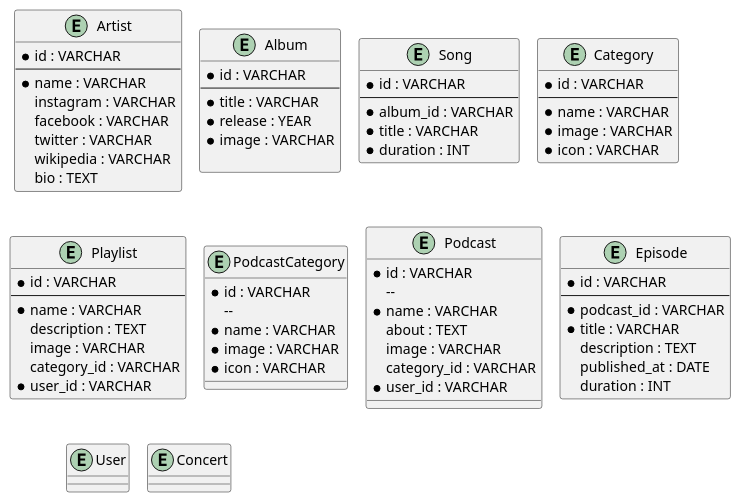
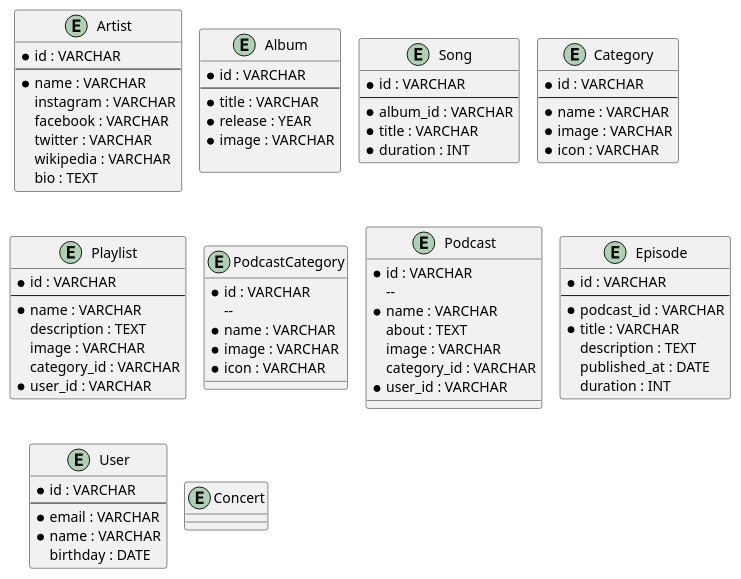
One commit to fkresna23/database-design-spotify changed the diagram in spotify.puml. Above: the diagram before and after it, drawn with PlantUML.

Commit message:
Menentukan Attribute Entity User

```diff
--- a/spotify.puml
+++ b/spotify.puml
@@ -1,84 +1,88 @@
 @startuml
 !pragma layout smetana
 entity Artist {
     * id : VARCHAR
     --
     * name : VARCHAR
     instagram : VARCHAR
     facebook : VARCHAR
     twitter : VARCHAR
     wikipedia : VARCHAR
     bio : TEXT
 }
 
 entity Album {
     * id : VARCHAR
     --
     * title : VARCHAR
     * release : YEAR
     * image : VARCHAR
 
 }
 
 entity Song {
     * id : VARCHAR
     --
     * album_id : VARCHAR
     * title : VARCHAR
     * duration : INT
 }
 
 entity Category {
     * id : VARCHAR
     --
     * name : VARCHAR
     * image : VARCHAR
     * icon : VARCHAR
 }
 
 entity Playlist {
     * id : VARCHAR
     --
     * name : VARCHAR
     description : TEXT
     image : VARCHAR
     category_id : VARCHAR
     * user_id : VARCHAR
 }
 
 entity PodcastCategory {
      * id : VARCHAR
         --
      * name : VARCHAR
      * image : VARCHAR
      * icon : VARCHAR
 }
 
 entity Podcast {
     * id : VARCHAR
         --
     * name : VARCHAR
     about : TEXT
     image : VARCHAR
     category_id : VARCHAR
     * user_id : VARCHAR
 }
 
 entity Episode {
     * id : VARCHAR
     --
     * podcast_id : VARCHAR
     * title : VARCHAR
     description : TEXT
     published_at : DATE
     duration : INT
 }
 
 entity User {
-
+    * id : VARCHAR
+    --
+    * email : VARCHAR
+    * name : VARCHAR
+    birthday : DATE
 }
 
 entity Concert {
 
 }
 @enduml
```
